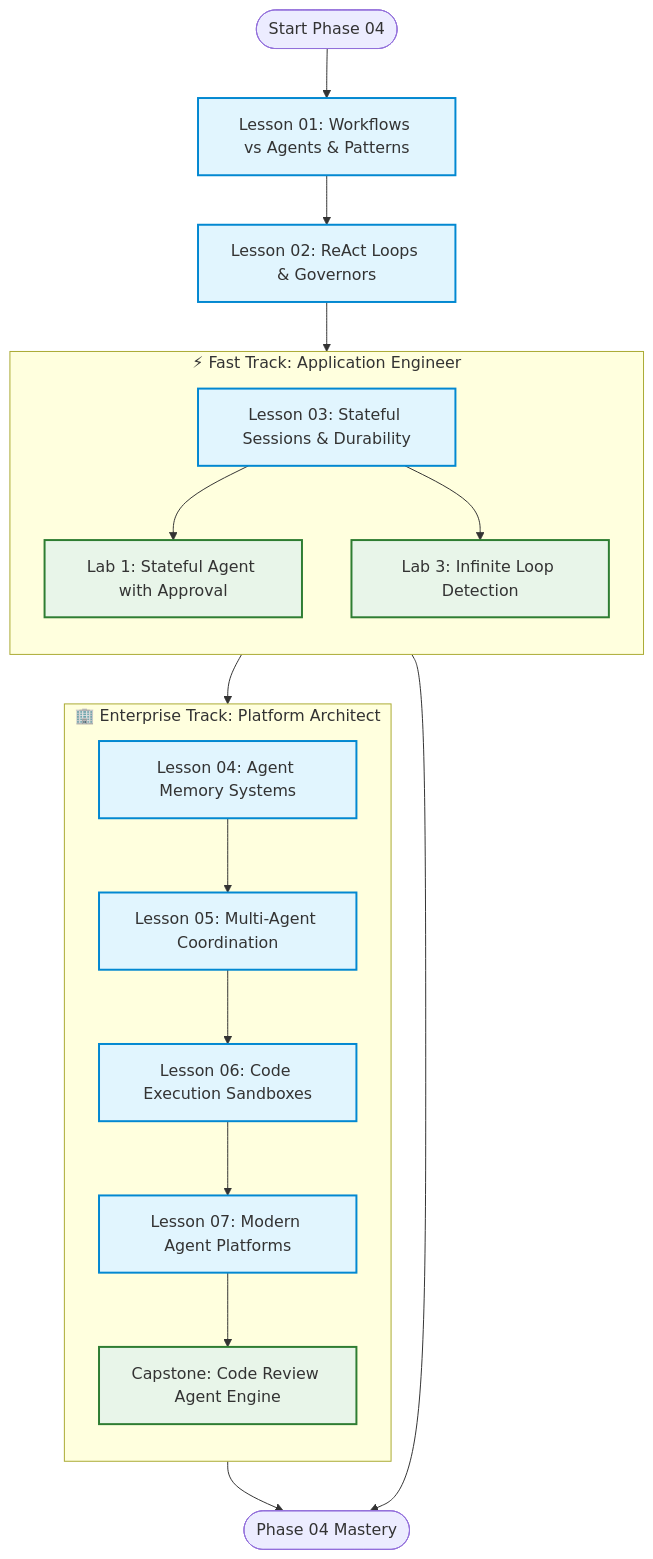
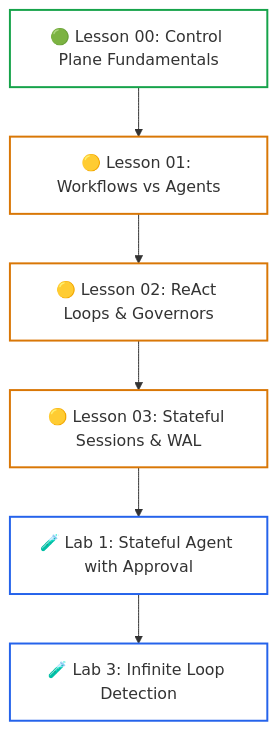
One commit to dip4k/senior-engineer-to-ai-engineer-roadmap changed the first of 3 diagrams in 04-agentic-systems-and-orchestration/README.md. Above: the diagram before and after it, drawn with Mermaid. The commit also changed other lines of this file and 94 other files, not shown here.

Commit message:
refactor(curriculum): complete Phase 04 upgrade and enforce diagram renderer invariants

````diff
--- a/04-agentic-systems-and-orchestration/README.md
+++ b/04-agentic-systems-and-orchestration/README.md
@@ -25,28 +26,16 @@
 ```mermaid
 flowchart TD
-    classDef core fill:#e1f5fe,stroke:#0288d1,stroke-width:2px;
-    classDef track fill:#f9f9f9,stroke:#333,stroke-width:1px;
-    classDef lab fill:#e8f5e9,stroke:#2e7d32,stroke-width:2px;
+    L0["🟢 Lesson 00: Control Plane Fundamentals"]
+    --> L1["🟡 Lesson 01: Workflows vs Agents"]
+    --> L2["🟡 Lesson 02: ReAct Loops & Governors"]
+    --> L3["🟡 Lesson 03: Stateful Sessions & WAL"]
+    --> Lab1["🧪 Lab 1: Stateful Agent with Approval"]
+    Lab1 --> Lab3["🧪 Lab 3: Infinite Loop Detection"]
 
-    Start(["Start Phase 04"]) --> L1["Lesson 01: Workflows vs Agents & Patterns"]:::core
-    L1 --> L2["Lesson 02: ReAct Loops & Governors"]:::core
-    L2 --> L3["Lesson 03: Stateful Sessions & Durability"]:::core
-    
-    subgraph FastTrack["⚡ Fast Track: Application Engineer"]
-        direction TB
-        L3 --> Lab1["Lab 1: Stateful Agent with Approval"]:::lab
-        L3 --> Lab3["Lab 3: Infinite Loop Detection"]:::lab
-    end
-    
-    subgraph EnterpriseTrack["🏢 Enterprise Track: Platform Architect"]
-        direction TB
-        L3 --> L4["Lesson 04: Agent Memory Systems"]:::core
-        L4 --> L5["Lesson 05: Multi-Agent Coordination"]:::core
-        L5 --> L6["Lesson 06: Code Execution Sandboxes"]:::core
-        L6 --> L7["Lesson 07: Modern Agent Platforms"]:::core
-        L7 --> Capstone["Capstone: Code Review Agent Engine"]:::lab
-    end
-
-    Lab3 --> Done(["Phase 04 Mastery"])
-    Capstone --> Done
+    style L0 stroke:#16a34a,stroke-width:2px,fill:none
+    style L1 stroke:#d97706,stroke-width:2px,fill:none
+    style L2 stroke:#d97706,stroke-width:2px,fill:none
+    style L3 stroke:#d97706,stroke-width:2px,fill:none
+    style Lab1 stroke:#2563eb,stroke-width:2px,fill:none
+    style Lab3 stroke:#2563eb,stroke-width:2px,fill:none
 ```
````
